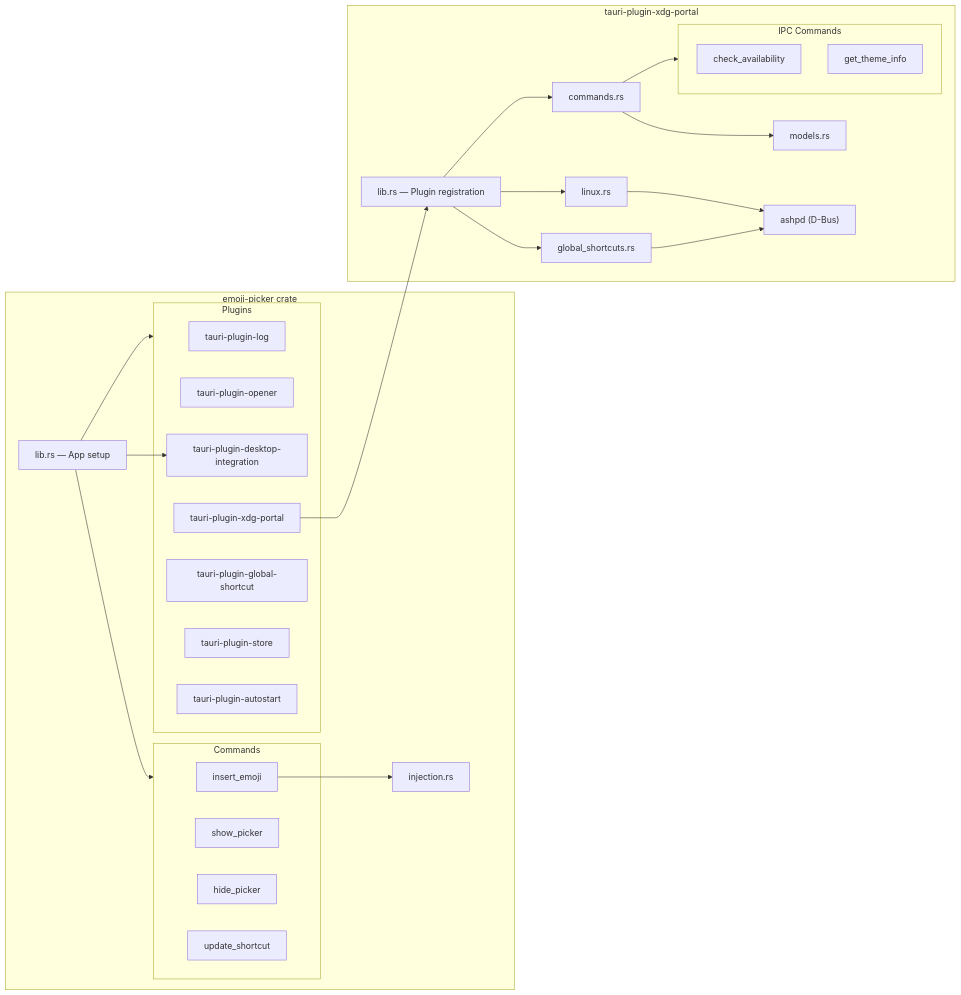
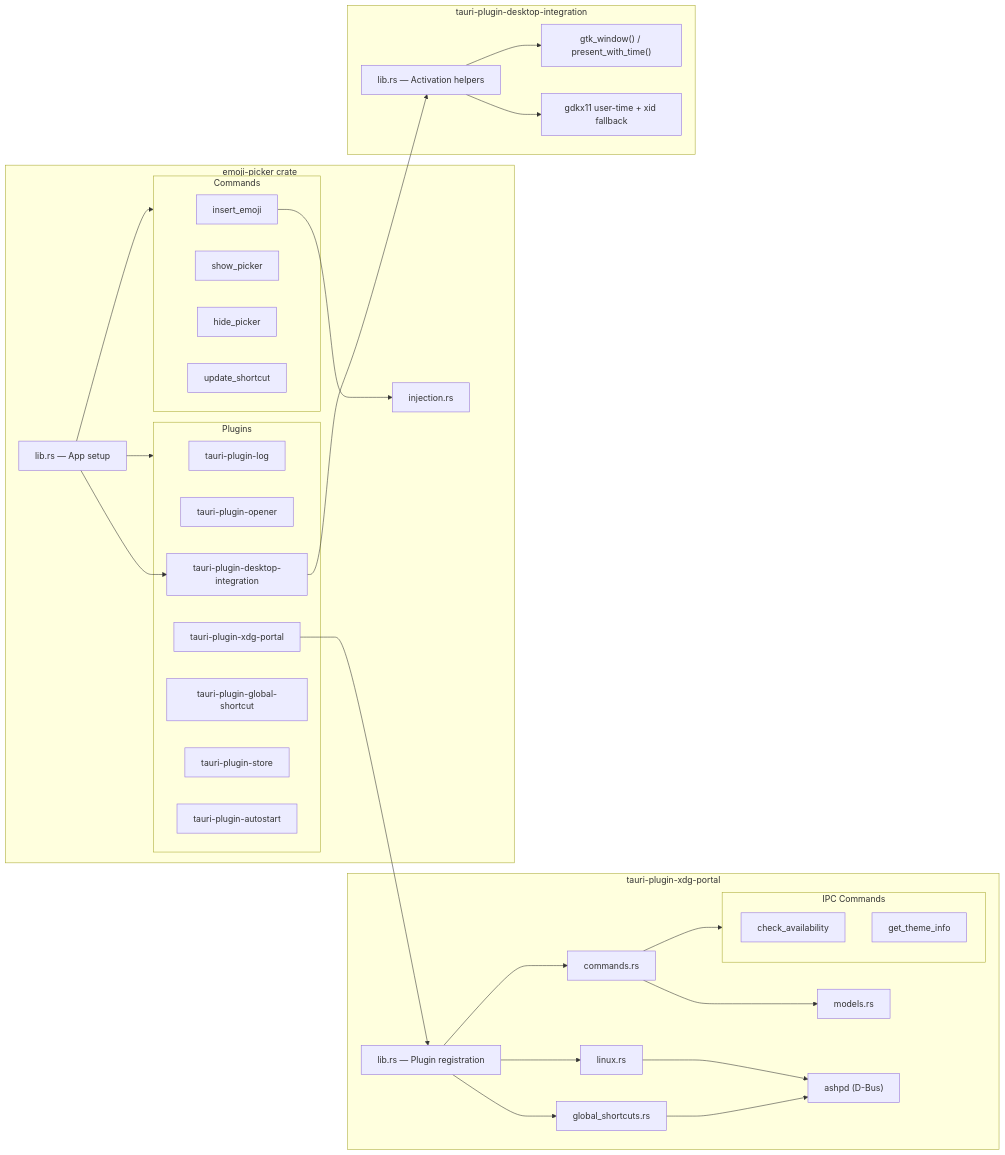
One commit to liminal-hq/emoji-nook changed the third of 10 diagrams in docs/architecture.md. Above: the diagram before and after it, drawn with Mermaid. The commit also changed other lines of this file and 5 other files, not shown here.

First line of the commit message:
fix: stamp X11 picker windows with native user time

````diff
--- a/docs/architecture.md
+++ b/docs/architecture.md
@@ -122,48 +124,55 @@
 ```mermaid
 graph LR
     subgraph AppCrate["emoji-picker crate"]
         Lib["lib.rs — App setup"]
         Injection["injection.rs"]
         Lib --> Plugins
         Lib --> Commands
 
         subgraph Plugins
             Log["tauri-plugin-log"]
             Opener["tauri-plugin-opener"]
             Desktop["tauri-plugin-desktop-integration"]
             XDG["tauri-plugin-xdg-portal"]
             GlobalSC["tauri-plugin-global-shortcut"]
             StorePlugin["tauri-plugin-store"]
             Autostart["tauri-plugin-autostart"]
         end
 
         subgraph Commands
             InsertEmoji["insert_emoji"]
             ShowPicker["show_picker"]
             HidePicker["hide_picker"]
             UpdateShortcut["update_shortcut"]
         end
 
         InsertEmoji --> Injection
         Lib --> Desktop
     end
 
-    subgraph PluginCrate["tauri-plugin-xdg-portal"]
+    subgraph PortalPlugin["tauri-plugin-xdg-portal"]
         PluginLib["lib.rs — Plugin registration"]
         PluginLib --> Cmds["commands.rs"]
         PluginLib --> Linux["linux.rs"]
         PluginLib --> Shortcuts["global_shortcuts.rs"]
         Cmds --> Models["models.rs"]
         Linux --> ASHPD["ashpd (D-Bus)"]
         Shortcuts --> ASHPD
 
         subgraph PortalCommands["IPC Commands"]
             CheckAvail["check_availability"]
             GetTheme["get_theme_info"]
         end
 
         Cmds --> PortalCommands
     end
 
+    subgraph DesktopPlugin["tauri-plugin-desktop-integration"]
+        DesktopLib["lib.rs — Activation helpers"]
+        DesktopLib --> GTK["gtk_window() / present_with_time()"]
+        DesktopLib --> X11["gdkx11 user-time + xid fallback"]
+    end
+
     XDG --> PluginLib
+    Desktop --> DesktopLib
 ```
````
